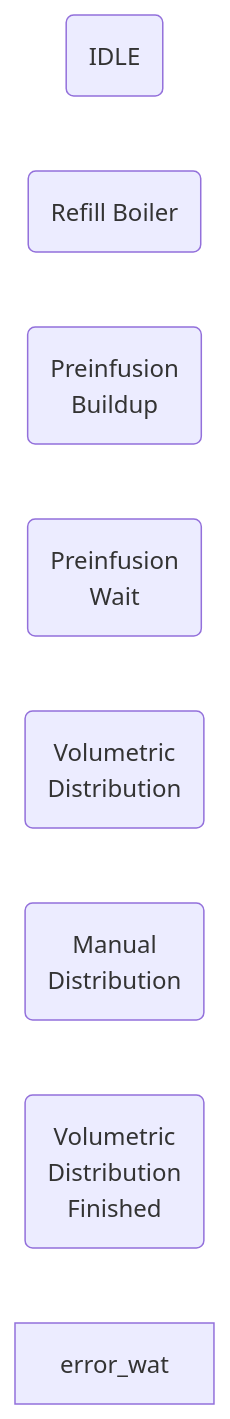
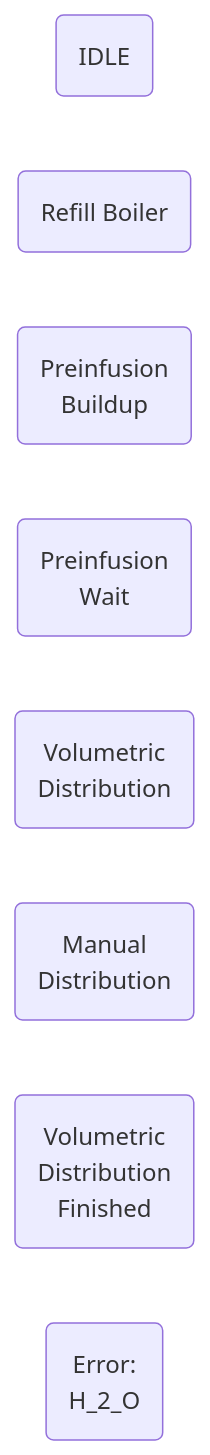
Before and after one commit to ggramlich26/BZ10_upgrade: the first of 4 diagrams in README.md, drawn with Mermaid. The commit also changed other lines of this file, not shown here.

Commit message:
README.md updated from https://stackedit.io/

````diff
--- a/README.md
+++ b/README.md
@@ -18,11 +18,11 @@
 ```mermaid
 graph LR
 idle(IDLE)
 refill_boiler(Refill Boiler)
 preinfusion_buildup(Preinfusion <br> Buildup)
 preinfusion_wait(Preinfusion <br> Wait)
 vol_dist(Volumetric <br> Distribution)
 man_dist(Manual <br> Distribution)
 vol_dist_finished(Volumetric <br> Distribution <br> Finished)
-error_wat
+error_tank("Error: <br> H_2_O")
 ```
````
